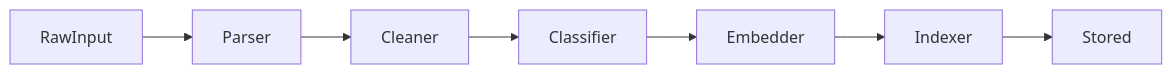
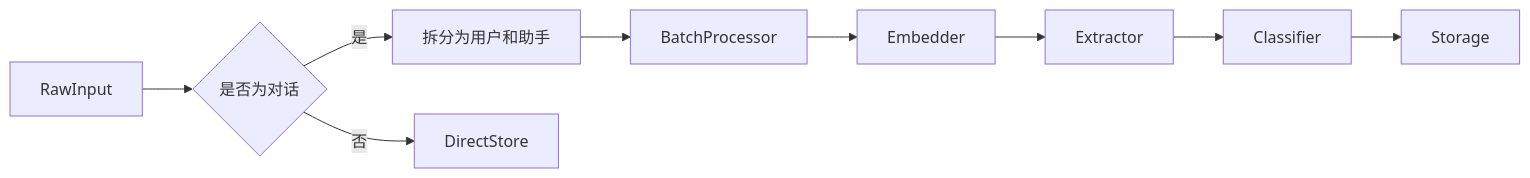
Before and after one commit to sopaco/cortex-mem: the fifth of 6 diagrams in litho.docs/3.Workflow.md, drawn with Mermaid. The commit also changed other lines of this file and 11 other files, not shown here.

````diff
--- a/litho.docs/3.Workflow.md
+++ b/litho.docs/3.Workflow.md
@@ -444,4 +366,11 @@
 ```mermaid
 flowchart LR
-    RawInput --> Parser --> Cleaner --> Classifier --> Embedder --> Indexer --> Stored
+    RawInput --> Parser{是否为对话}
+    Parser -->|"是"| RoleSplit[拆分为用户和助手]
+    Parser -->|"否"| DirectStore
+    RoleSplit --> BatchProcessor
+    BatchProcessor --> Embedder
+    Embedder --> Extractor
+    Extractor --> Classifier
+    Classifier --> Storage
 ```
````
